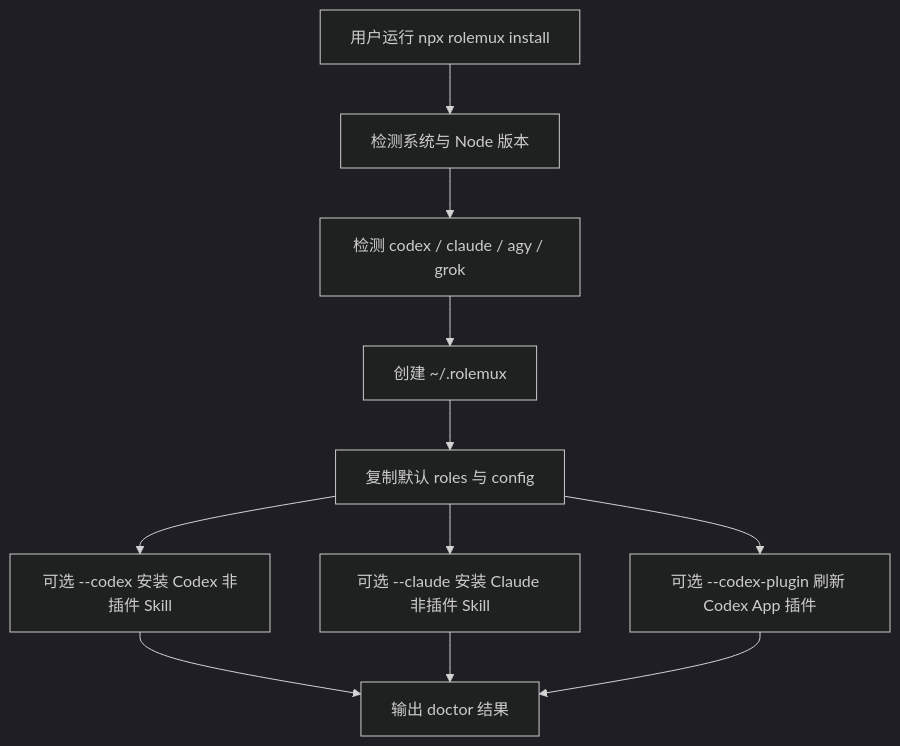
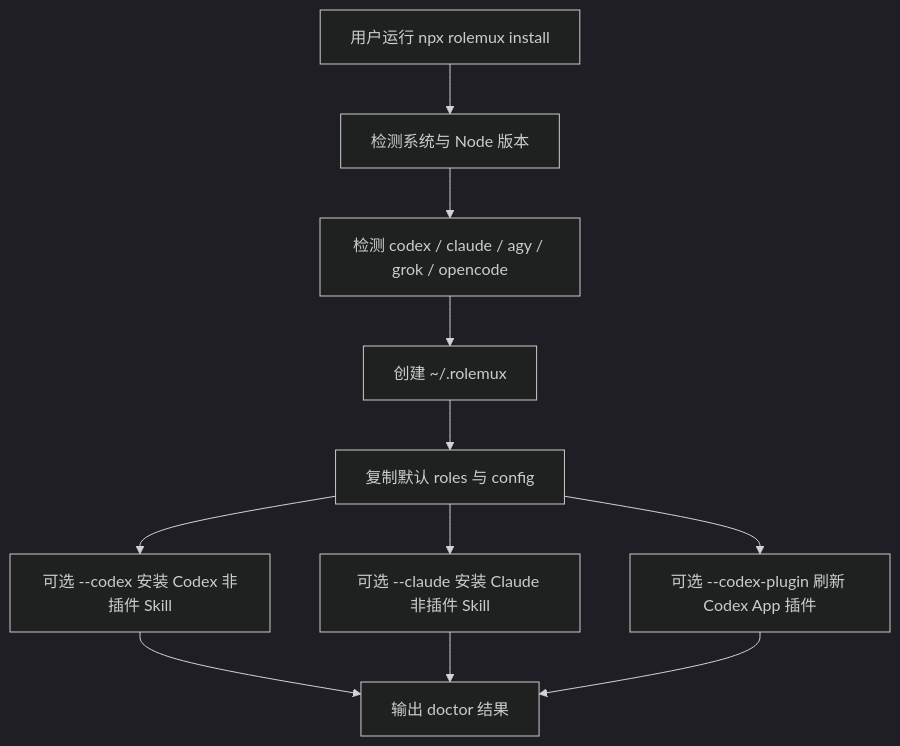
The first of 3 diagrams in spec/rolemux-development-spec.md (immortalbeating2/rolemux), drawn with Mermaid (dark theme) before and after one commit. The commit also changed other lines of this file and 10 other files, not shown here.

````diff
--- a/spec/rolemux-development-spec.md
+++ b/spec/rolemux-development-spec.md
@@ -285,13 +285,13 @@
 ```mermaid
 flowchart TD
   A["用户运行 npx rolemux install"] --> B["检测系统与 Node 版本"]
-  B --> C["检测 codex / claude / agy / grok"]
+  B --> C["检测 codex / claude / agy / grok / opencode"]
   C --> D["创建 ~/.rolemux"]
   D --> E["复制默认 roles 与 config"]
   E --> F["可选 --codex 安装 Codex 非插件 Skill"]
   E --> G["可选 --claude 安装 Claude 非插件 Skill"]
   E --> P["可选 --codex-plugin 刷新 Codex App 插件"]
   F --> H["输出 doctor 结果"]
   G --> H
   P --> H
 ```
````
